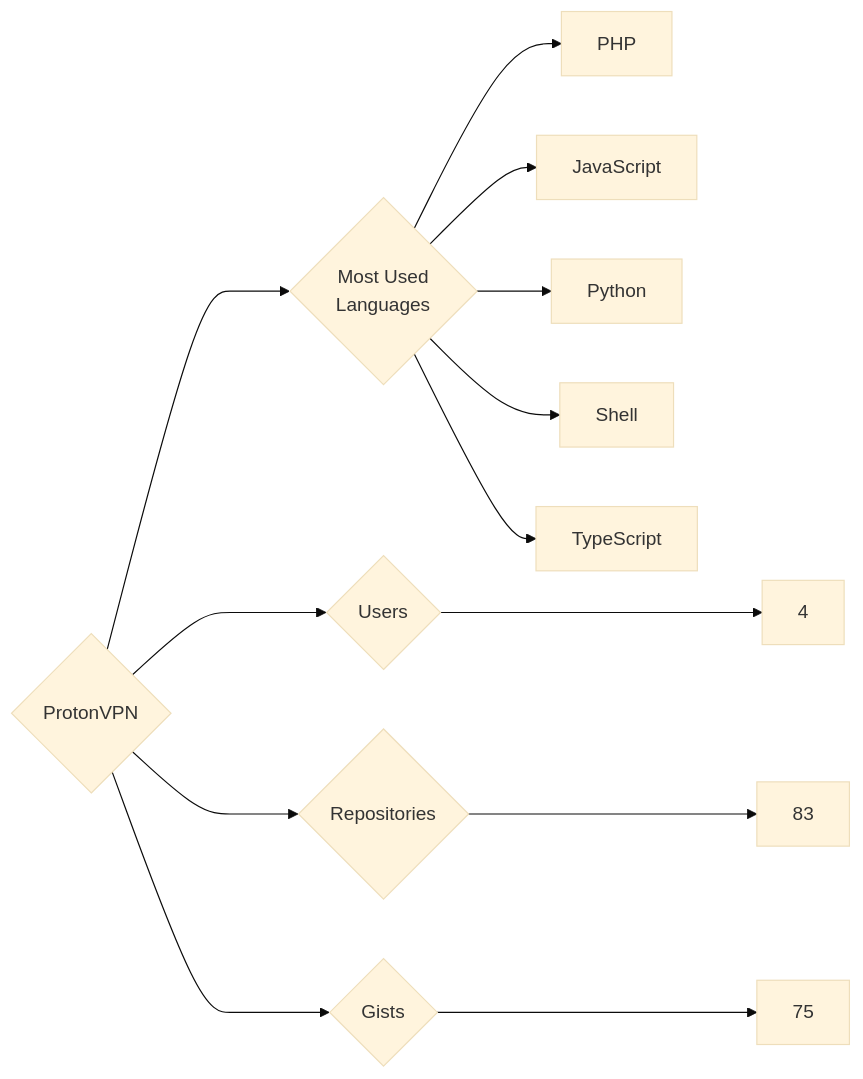
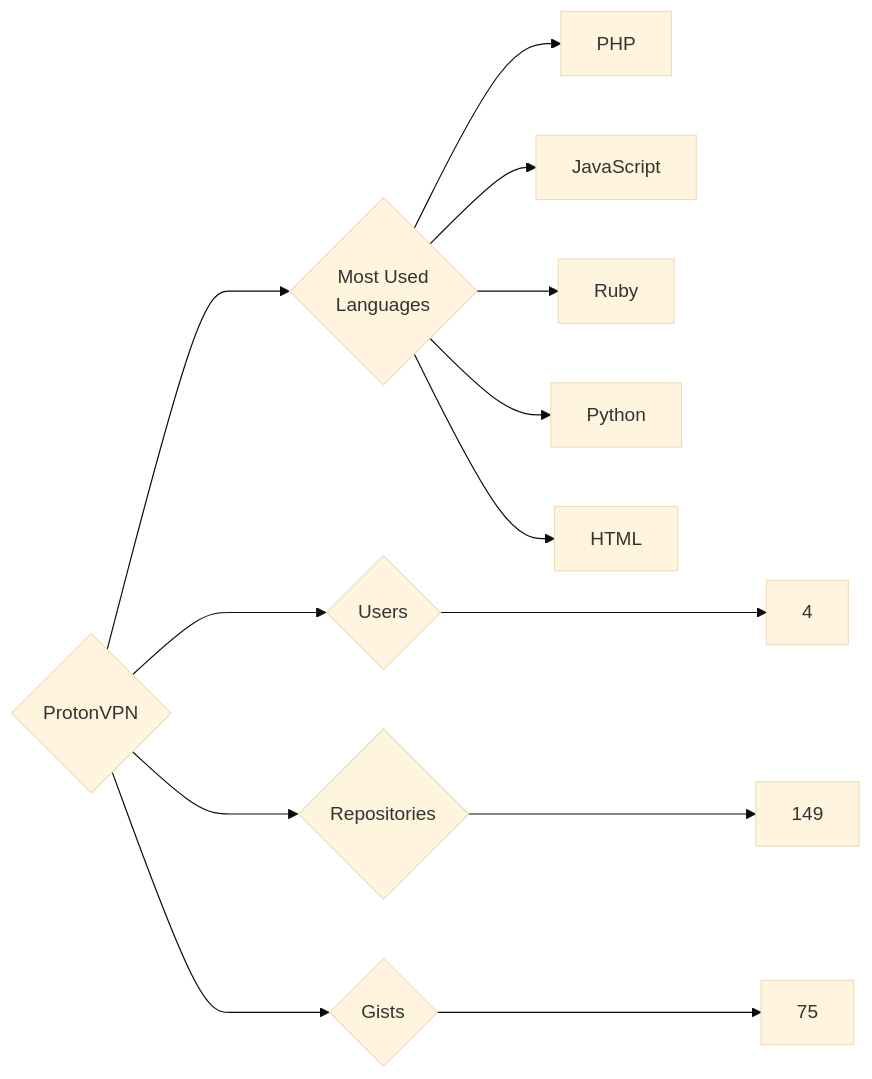
One commit to trickest/insiders changed the diagram in targets/ProtonVPN/README.md. Above: the diagram before and after it, drawn with Mermaid (base theme). The commit also changed 1248 other files, not shown here.

````diff
--- a/targets/ProtonVPN/README.md
+++ b/targets/ProtonVPN/README.md
@@ -3,13 +3,13 @@
 ```mermaid
 graph LR
 COMPANY_NAME{ProtonVPN}
 COMPANY_NAME ---> U{Users} ---> UN[4]
-COMPANY_NAME ---> R{Repositories} ---> RN[83]
+COMPANY_NAME ---> R{Repositories} ---> RN[149]
 COMPANY_NAME ---> G{Gists} ---> GN[75]
 COMPANY_NAME ---> ML{Most Used<br>Languages}
 ML --> PHP[PHP]
 ML --> JavaScript[JavaScript]
+ML --> Ruby[Ruby]
 ML --> Python[Python]
-ML --> Shell[Shell]
-ML --> TypeScript[TypeScript]
+ML --> HTML[HTML]
 ```
````
